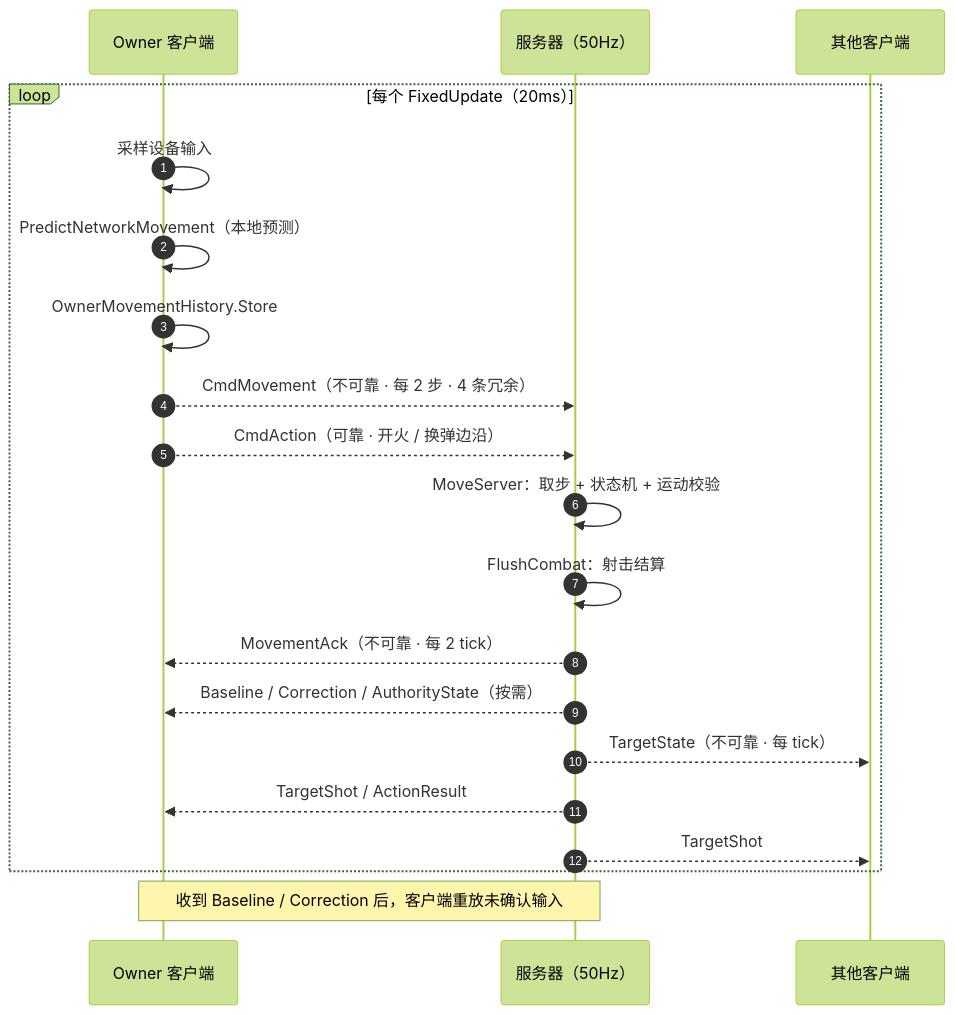
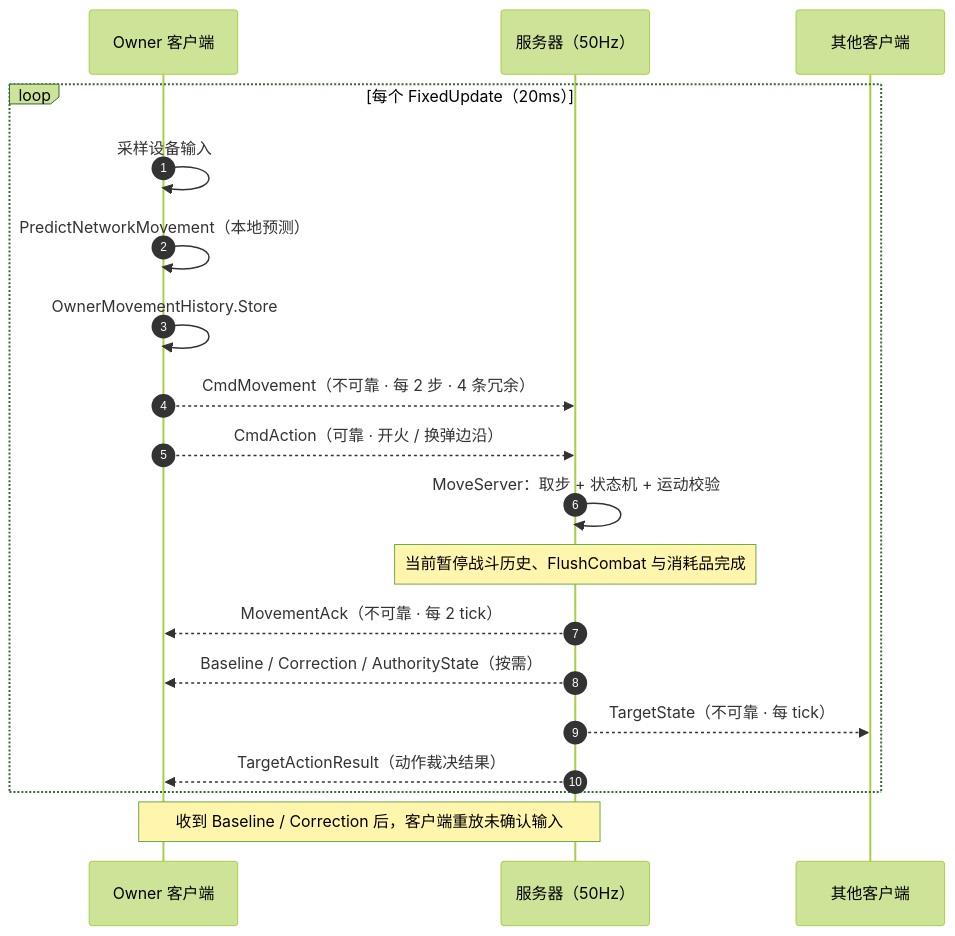
Before and after one commit to qwqwmwpwp/RPG-2: the second of 3 diagrams in docs/角色网络更新流程图.md, drawn with Mermaid (forest theme). The commit also changed other lines of this file and 2252 other files, not shown here.

````diff
--- a/docs/角色网络更新流程图.md
+++ b/docs/角色网络更新流程图.md
@@ -69,24 +69,23 @@
 ```mermaid
 sequenceDiagram
     autonumber
     participant O as Owner 客户端
     participant S as 服务器（50Hz）
     participant R as 其他客户端
 
     loop 每个 FixedUpdate（20ms）
         O->>O: 采样设备输入
         O->>O: PredictNetworkMovement（本地预测）
         O->>O: OwnerMovementHistory.Store
         O-->>S: CmdMovement（不可靠 · 每 2 步 · 4 条冗余）
         O-->>S: CmdAction（可靠 · 开火 / 换弹边沿）
         S->>S: MoveServer：取步 + 状态机 + 运动校验
-        S->>S: FlushCombat：射击结算
+        Note over S: 当前暂停战斗历史、FlushCombat 与消耗品完成
         S-->>O: MovementAck（不可靠 · 每 2 tick）
         S-->>O: Baseline / Correction / AuthorityState（按需）
         S-->>R: TargetState（不可靠 · 每 tick）
-        S-->>O: TargetShot / ActionResult
-        S-->>R: TargetShot
+        S-->>O: TargetActionResult（动作裁决结果）
     end
 
     Note over O,S: 收到 Baseline / Correction 后，客户端重放未确认输入
 ```
````
